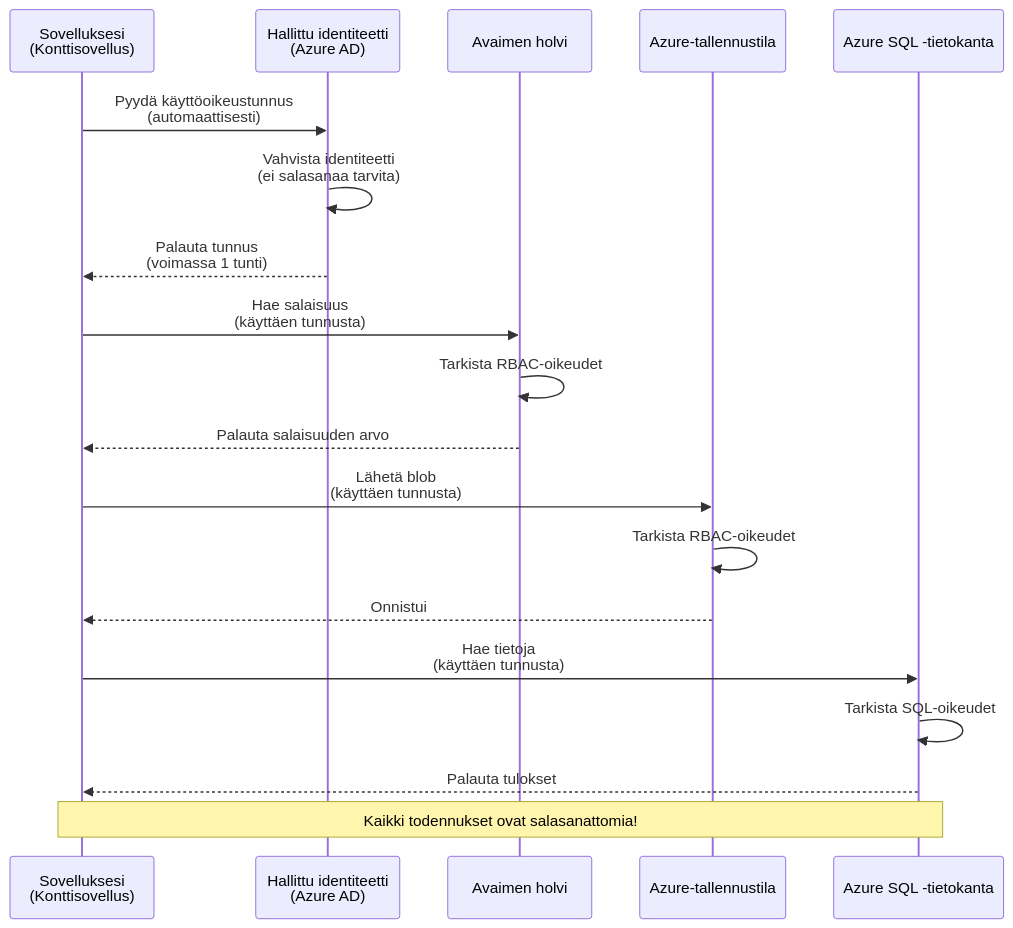
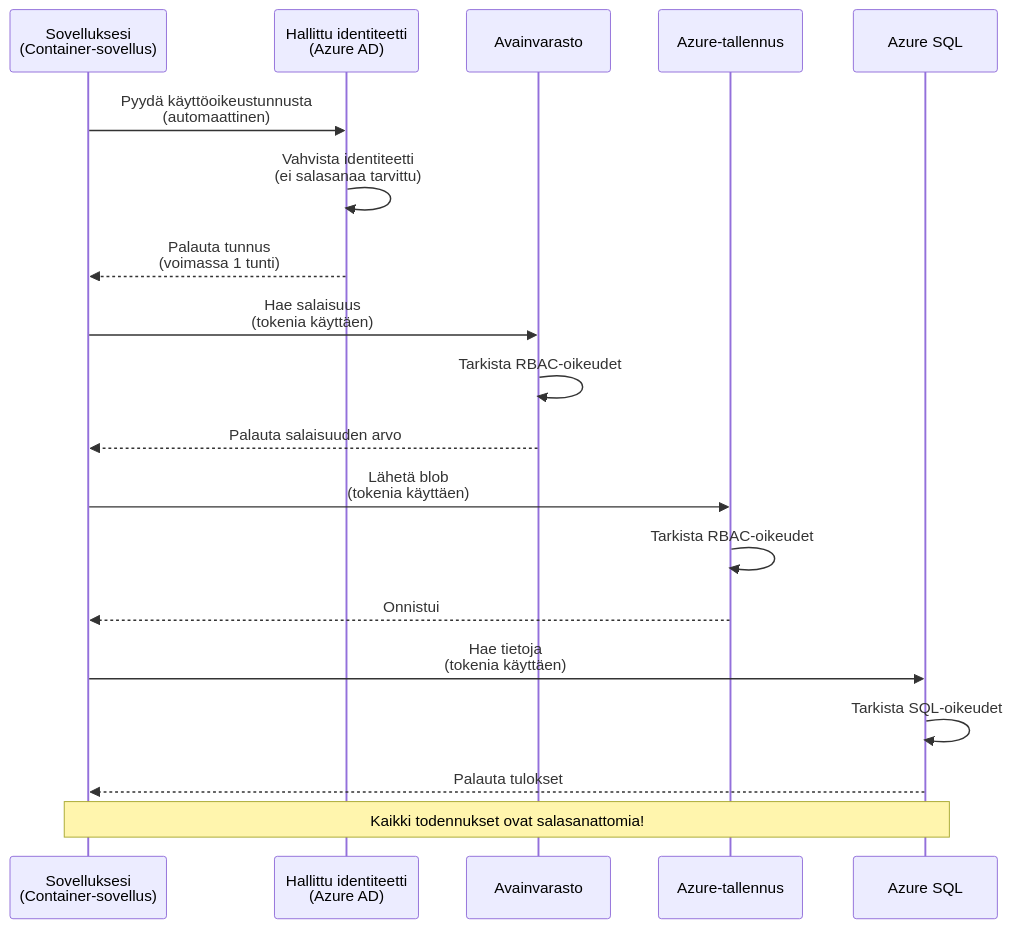
One commit to microsoft/AZD-for-beginners changed the first of 2 diagrams in translations/fi/docs/chapter-03-configuration/authsecurity.md. Above: the diagram before and after it, drawn with Mermaid. The commit also changed other lines of this file and 101 other files, not shown here.

````diff
--- a/translations/fi/docs/chapter-03-configuration/authsecurity.md
+++ b/translations/fi/docs/chapter-03-configuration/authsecurity.md
@@ -69,26 +69,26 @@
 ```mermaid
 sequenceDiagram
-    participant App as Sovelluksesi<br/>(Konttisovellus)
+    participant App as Sovelluksesi<br/>(Container-sovellus)
     participant MI as Hallittu identiteetti<br/>(Azure AD)
-    participant KV as Avaimen holvi
-    participant Storage as Azure-tallennustila
-    participant DB as Azure SQL -tietokanta
+    participant KV as Avainvarasto
+    participant Storage as Azure-tallennus
+    participant DB as Azure SQL
     
-    App->>MI: Pyydä käyttöoikeustunnus<br/>(automaattisesti)
-    MI->>MI: Vahvista identiteetti<br/>(ei salasanaa tarvita)
+    App->>MI: Pyydä käyttöoikeustunnusta<br/>(automaattinen)
+    MI->>MI: Vahvista identiteetti<br/>(ei salasanaa tarvittu)
     MI-->>App: Palauta tunnus<br/>(voimassa 1 tunti)
     
-    App->>KV: Hae salaisuus<br/>(käyttäen tunnusta)
+    App->>KV: Hae salaisuus<br/>(tokenia käyttäen)
     KV->>KV: Tarkista RBAC-oikeudet
     KV-->>App: Palauta salaisuuden arvo
     
-    App->>Storage: Lähetä blob<br/>(käyttäen tunnusta)
+    App->>Storage: Lähetä blob<br/>(tokenia käyttäen)
     Storage->>Storage: Tarkista RBAC-oikeudet
     Storage-->>App: Onnistui
     
-    App->>DB: Hae tietoja<br/>(käyttäen tunnusta)
+    App->>DB: Hae tietoja<br/>(tokenia käyttäen)
     DB->>DB: Tarkista SQL-oikeudet
     DB-->>App: Palauta tulokset
     
     Note over App,DB: Kaikki todennukset ovat salasanattomia!
 ```
````
